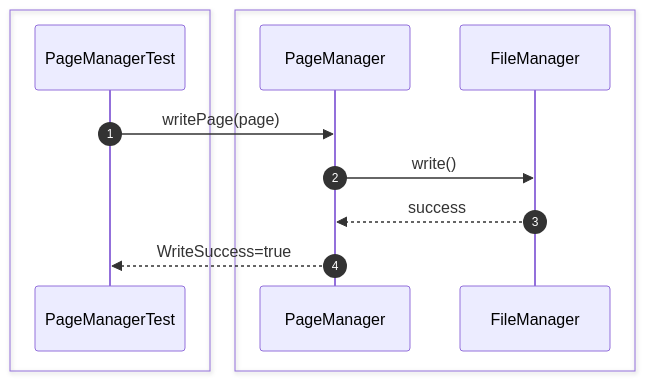
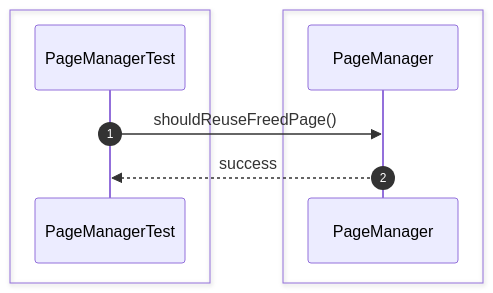
Diagram 15 of 44 in src/sequence/storage-engine.md (Huy1801214/dbms-architecture), drawn with Mermaid before and after one commit. The commit also changed other lines of this file and 68 other files, not shown here.

Commit message:
implement comprehensive unit test suite and architectural sequence documentation

````diff
--- a/src/sequence/storage-engine.md
+++ b/src/sequence/storage-engine.md
@@ -257,17 +218,13 @@
 ```mermaid
 sequenceDiagram
     autonumber
-
     box #e1f5fe Test Suite
     participant Test as PageManagerTest
     end
-    box #e0f2f1 Storage Components
-    participant PageManager as PageManager
-    participant FileManager as FileManager
+    box #e0f2f1 PageManager Component
+    participant PM as PageManager
     end
 
-    Test->>PageManager: writePage(page)
-    PageManager->>FileManager: write()
-    FileManager-->>PageManager: success
-    PageManager-->>Test: WriteSuccess=true
+    Test->>PM: shouldReuseFreedPage()
+    PM-->>Test: success
 ```
````
